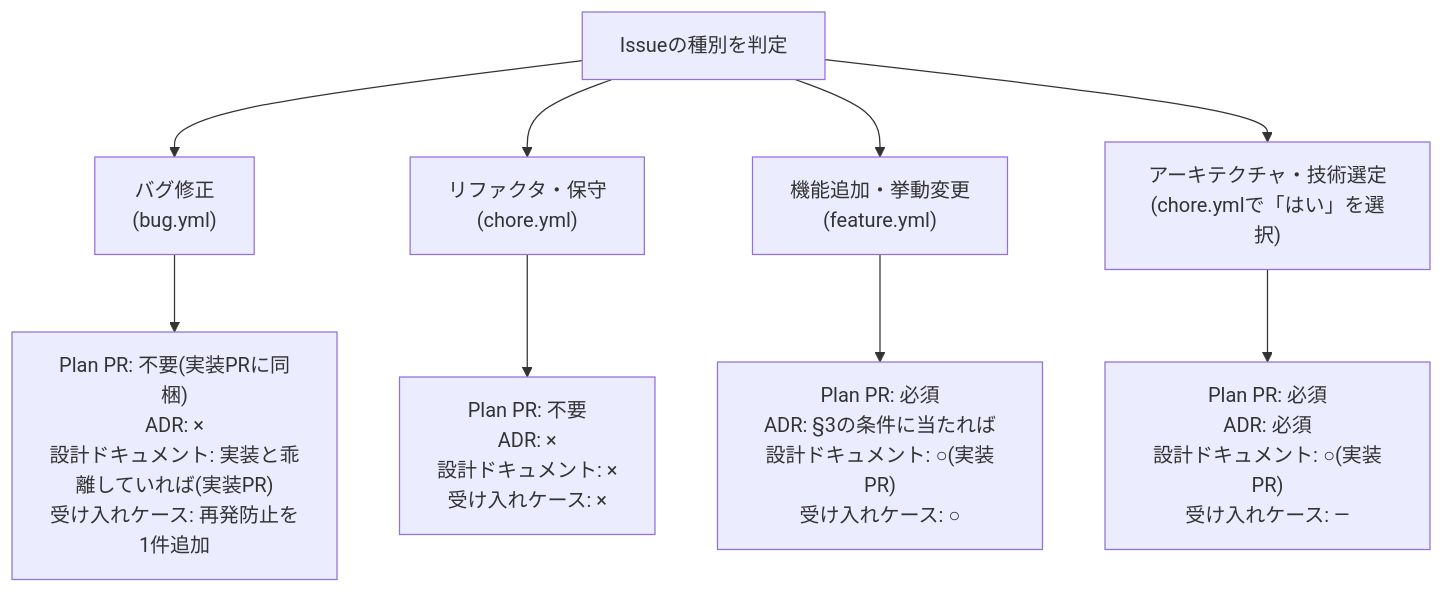
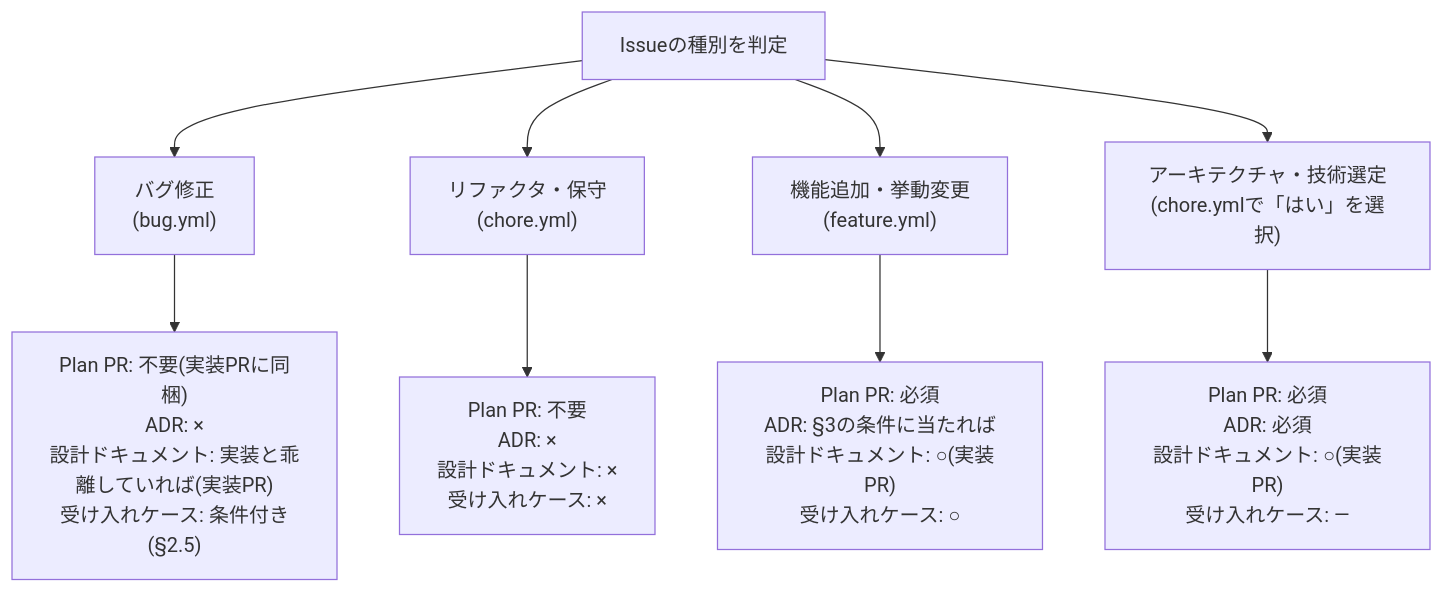
One commit to ebichan88/swiss-stage changed the second of 3 diagrams in .claude/00_project/04_development_process.md. Above: the diagram before and after it, drawn with Mermaid. The commit also changed other lines of this file and 19 other files, not shown here.

````diff
--- a/.claude/00_project/04_development_process.md
+++ b/.claude/00_project/04_development_process.md
@@ -78,12 +91,12 @@
 ```mermaid
 flowchart TD
     S["Issueの種別を判定"] --> BUG["バグ修正<br/>(bug.yml)"]
     S --> CHORE["リファクタ・保守<br/>(chore.yml)"]
     S --> FEAT["機能追加・挙動変更<br/>(feature.yml)"]
     S --> ARCH["アーキテクチャ・技術選定<br/>(chore.ymlで「はい」を選択)"]
 
-    BUG --> BUG_R["Plan PR: 不要(実装PRに同梱)<br/>ADR: ×<br/>設計ドキュメント: 実装と乖離していれば(実装PR)<br/>受け入れケース: 再発防止を1件追加"]
+    BUG --> BUG_R["Plan PR: 不要(実装PRに同梱)<br/>ADR: ×<br/>設計ドキュメント: 実装と乖離していれば(実装PR)<br/>受け入れケース: 条件付き(§2.5)"]
     CHORE --> CHORE_R["Plan PR: 不要<br/>ADR: ×<br/>設計ドキュメント: ×<br/>受け入れケース: ×"]
     FEAT --> FEAT_R["Plan PR: 必須<br/>ADR: §3の条件に当たれば<br/>設計ドキュメント: ○(実装PR)<br/>受け入れケース: ○"]
     ARCH --> ARCH_R["Plan PR: 必須<br/>ADR: 必須<br/>設計ドキュメント: ○(実装PR)<br/>受け入れケース: —"]
 ```
````
